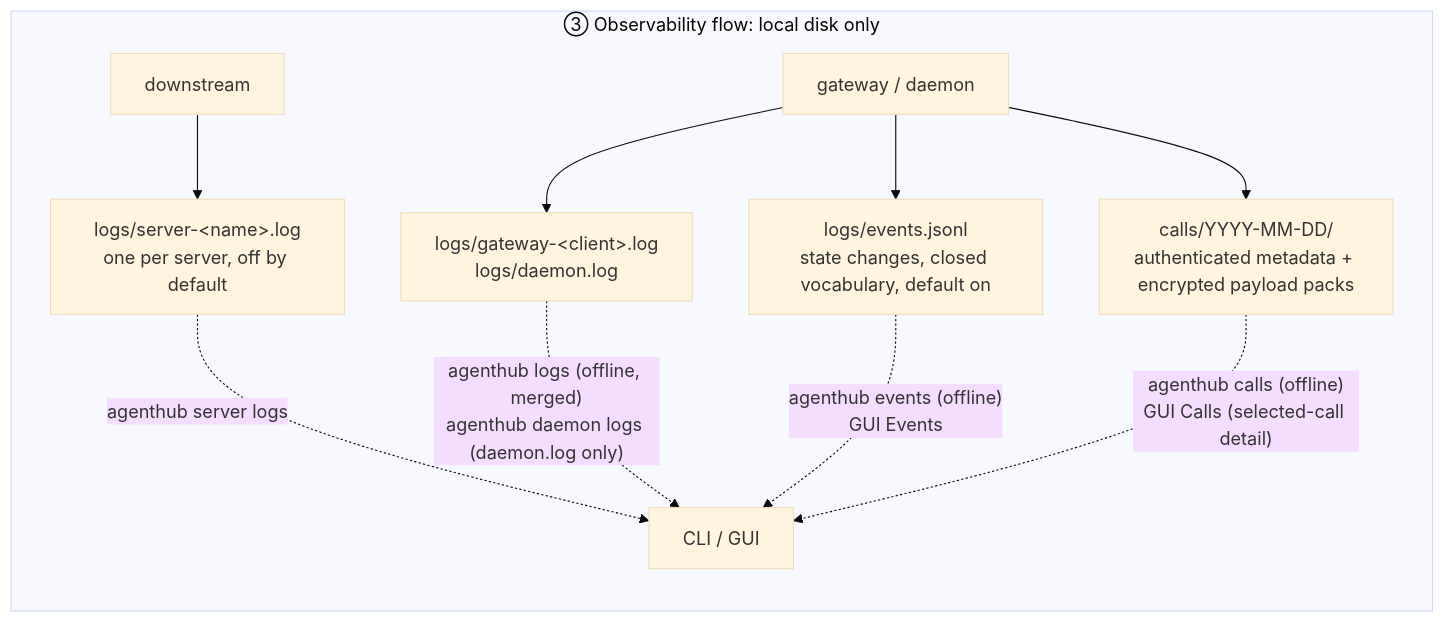
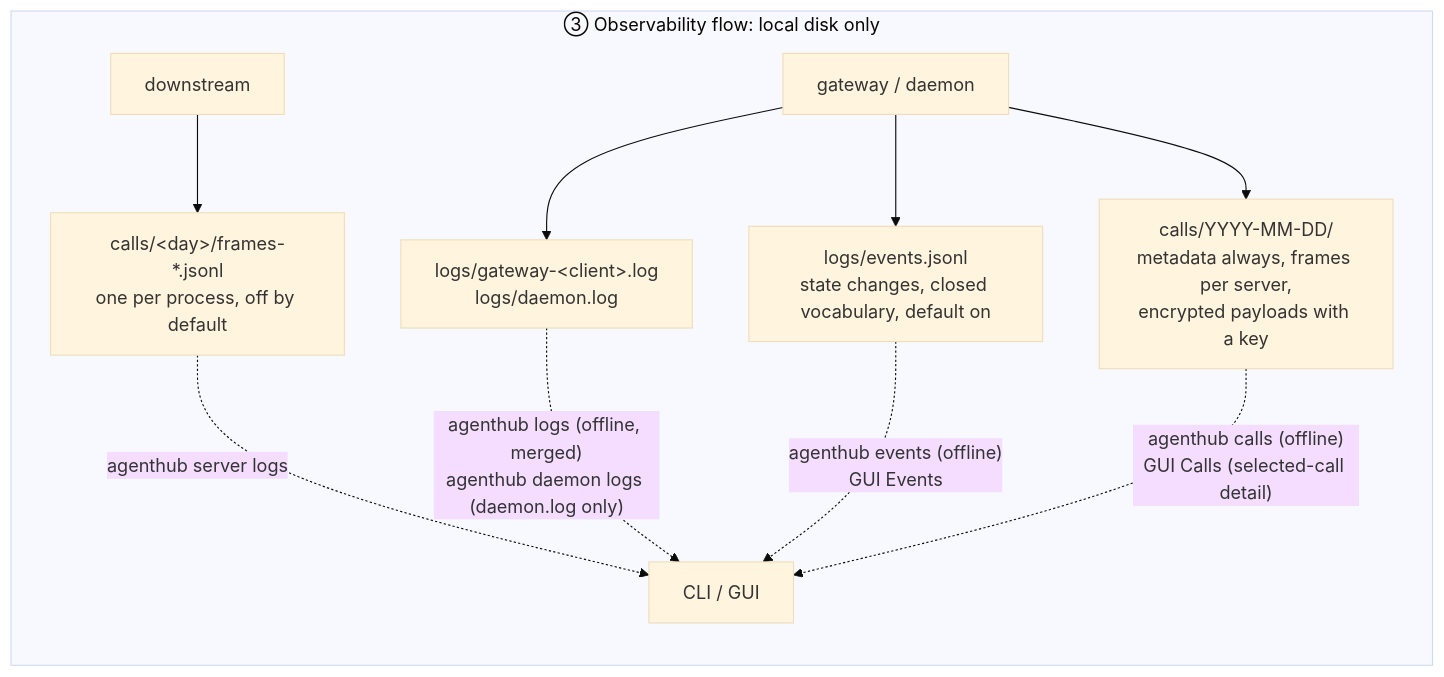
One commit to dinstein/agent-hub changed the sixth of 8 diagrams in docs/architecture.md. Above: the diagram before and after it, drawn with Mermaid (base theme). The commit also changed other lines of this file and 7 other files, not shown here.

````diff
--- a/docs/architecture.md
+++ b/docs/architecture.md
@@ -263,13 +263,13 @@
 ```mermaid
 flowchart LR
     subgraph obs["③ Observability flow: local disk only"]
-        DSX["downstream"] --> A4["logs/server-&lt;name&gt;.log<br/>one per server, off by default"]
+        DSX["downstream"] --> A4["calls/&lt;day&gt;/frames-*.jsonl<br/>one per process, off by default"]
         GW["gateway / daemon"] --> A5["logs/gateway-&lt;client&gt;.log<br/>logs/daemon.log"]
         GW --> A7["logs/events.jsonl<br/>state changes, closed vocabulary, default on"]
-        GW --> A6["calls/YYYY-MM-DD/<br/>authenticated metadata + encrypted payload packs"]
+        GW --> A6["calls/YYYY-MM-DD/<br/>metadata always, frames per server,<br/>encrypted payloads with a key"]
         A4 -.->|"agenthub server logs"| F["CLI / GUI"]
         A5 -.->|"agenthub logs (offline, merged)<br/>agenthub daemon logs (daemon.log only)"| F
         A7 -.->|"agenthub events (offline)<br/>GUI Events"| F
         A6 -.->|"agenthub calls (offline)<br/>GUI Calls (selected-call detail)"| F
     end
 ```
````
